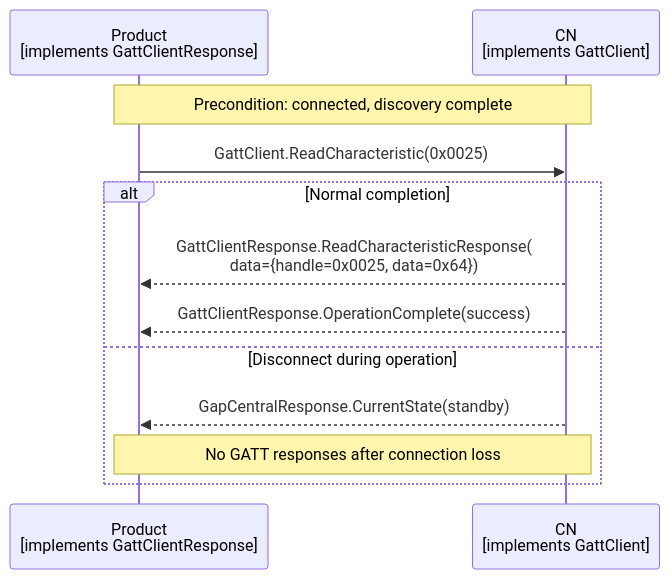
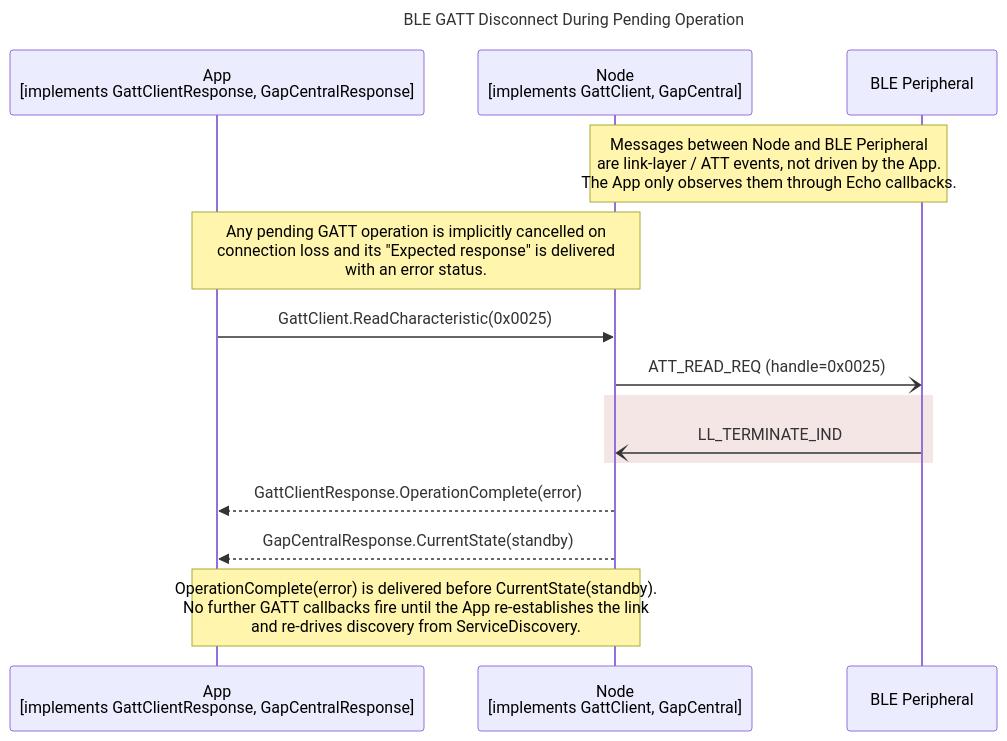
Before and after one commit to philips-software/amp-embedded-infra-lib: the diagram in documents/modules/ROOT/partials/echoservices/gatt_client/GattClient_DisconnectDuringOperation_sequence.mmd, drawn with Mermaid. The commit also changed 25 other files, not shown here.

Commit message:
align maturity with gap uml diagrams

```diff
--- a/documents/modules/ROOT/partials/echoservices/gatt_client/GattClient_DisconnectDuringOperation_sequence.mmd
+++ b/documents/modules/ROOT/partials/echoservices/gatt_client/GattClient_DisconnectDuringOperation_sequence.mmd
@@ -1,15 +1,20 @@
 sequenceDiagram
-    participant Product as Product<br>[implements GattClientResponse]
-    participant CN as CN<br>[implements GattClient]
+    title BLE GATT Disconnect During Pending Operation
 
-    Note over Product, CN: Precondition: connected, discovery complete
+    participant App as App<br>[implements GattClientResponse, GapCentralResponse]
+    participant Node as Node<br>[implements GattClient, GapCentral]
+    participant Peripheral as BLE Peripheral
 
-    Product->>CN: GattClient.ReadCharacteristic(0x0025)
+    Note over Node, Peripheral: Messages between Node and BLE Peripheral<br>are link-layer / ATT events, not driven by the App.<br>The App only observes them through Echo callbacks.
+    Note over App, Node: Any pending GATT operation is implicitly cancelled on<br>connection loss and its "Expected response" is delivered<br>with an error status.
 
-    alt Normal completion
-        CN-->>Product: GattClientResponse.ReadCharacteristicResponse(<br>data={handle=0x0025, data=0x64})
-        CN-->>Product: GattClientResponse.OperationComplete(success)
-    else Disconnect during operation
-        CN-->>Product: GapCentralResponse.CurrentState(standby)
-        Note over Product, CN: No GATT responses after connection loss
+    App->>Node: GattClient.ReadCharacteristic(0x0025)
+    Node-)Peripheral: ATT_READ_REQ (handle=0x0025)
+
+    rect rgb(245, 230, 230)
+        Peripheral-)Node: LL_TERMINATE_IND
     end
+
+    Node-->>App: GattClientResponse.OperationComplete(error)
+    Node-->>App: GapCentralResponse.CurrentState(standby)
+    Note over App, Node: OperationComplete(error) is delivered before CurrentState(standby).<br>No further GATT callbacks fire until the App re-establishes the link<br>and re-drives discovery from ServiceDiscovery.
```
